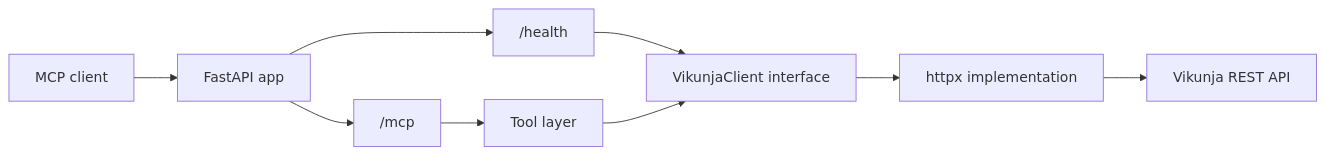
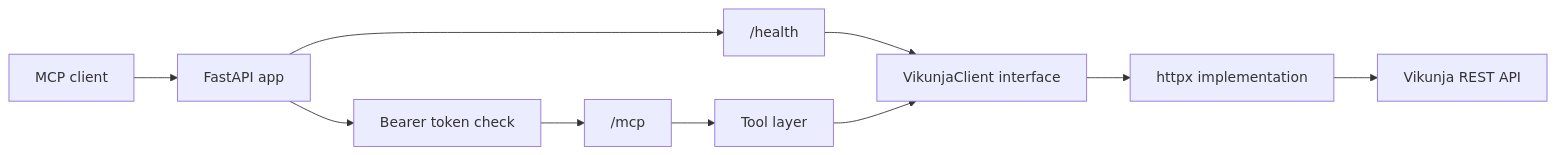
One commit to pinterbarni/vikunja-mcp changed the diagram in README.md. Above: the diagram before and after it, drawn with Mermaid. The commit also changed other lines of this file and 1 other file, not shown here.

````diff
--- a/README.md
+++ b/README.md
@@ -91,11 +107,12 @@
 ```mermaid
 flowchart LR
     C[MCP client] --> A[FastAPI app]
     A --> H["/health"]
-    A --> M["/mcp"]
+    A --> B[Bearer token check]
+    B --> M["/mcp"]
     M --> T[Tool layer]
     H --> I[VikunjaClient interface]
     T --> I
     I --> X[httpx implementation]
     X --> V[Vikunja REST API]
 ```
````
